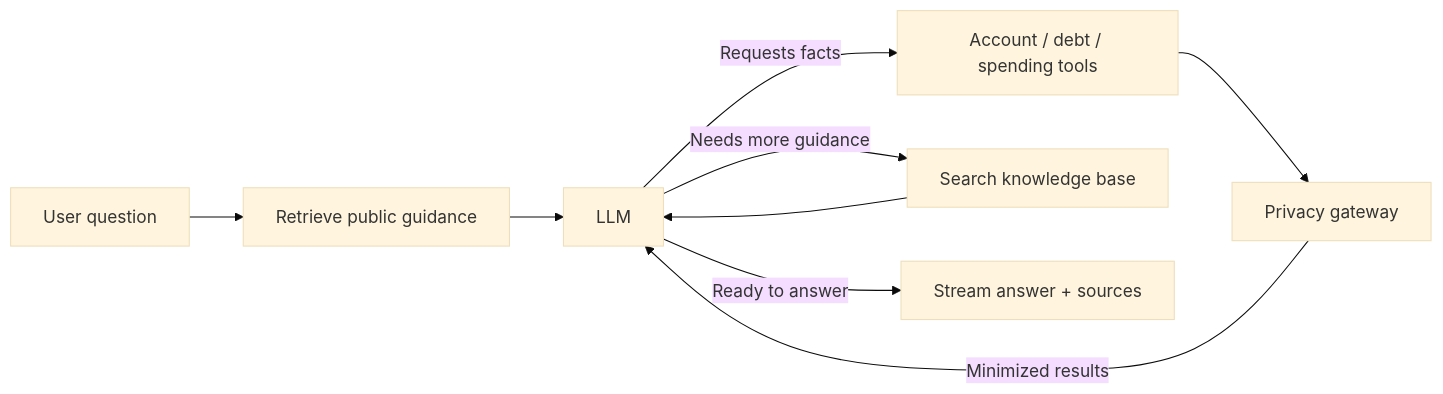
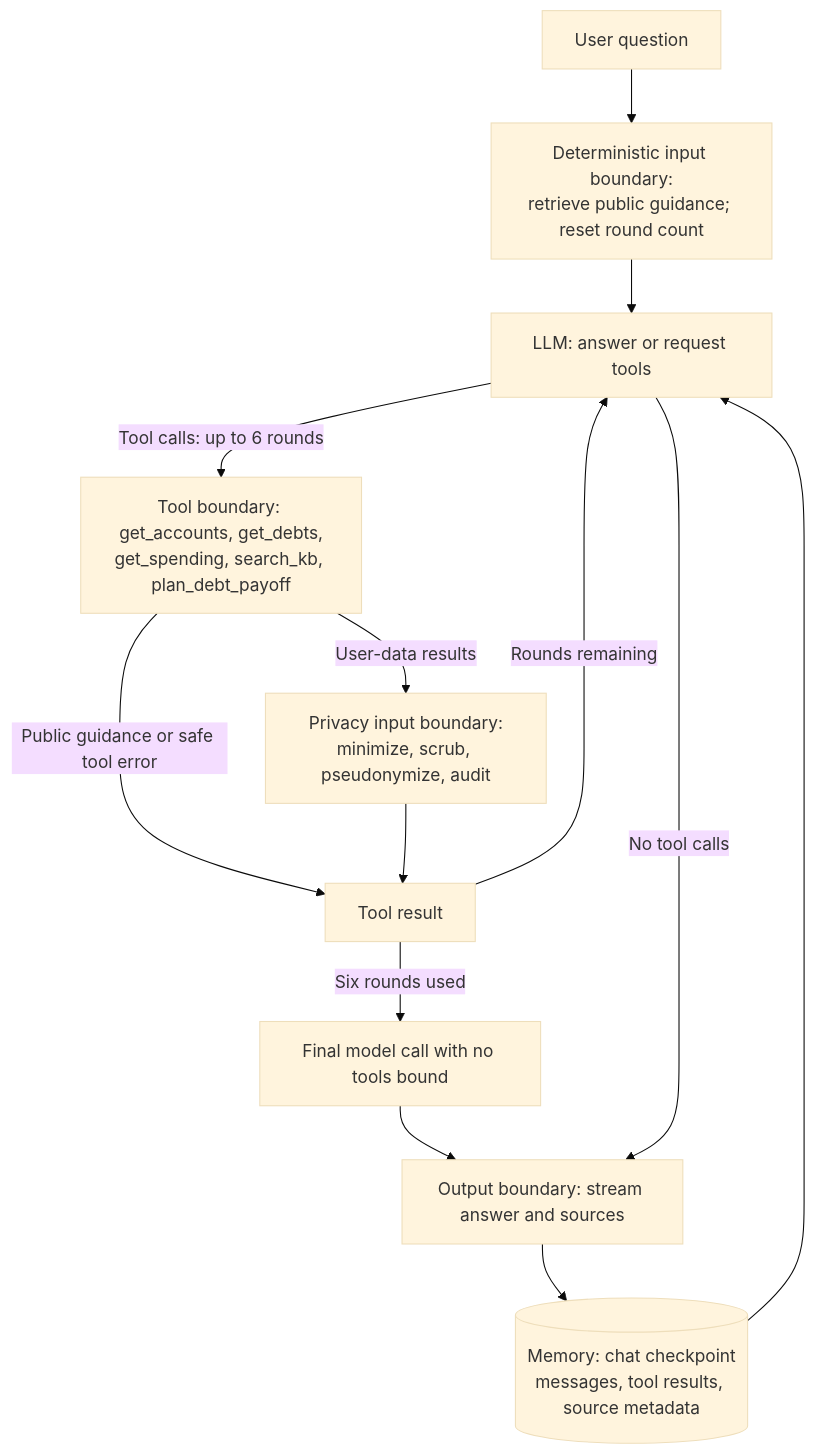
Before and after one commit to Del0m/Agentic-Financial-Dashboard: the second of 5 diagrams in docs/agent-pipelines.md, drawn with Mermaid (base theme). The commit also changed other lines of this file and 14 other files, not shown here.

First line of the commit message:
docs: agentic system guide for grading, with updated agent diagrams

````diff
--- a/docs/agent-pipelines.md
+++ b/docs/agent-pipelines.md
@@ -54,11 +62,15 @@
 ```mermaid
-flowchart LR
-    Q["User question"] --> R["Retrieve public guidance"]
-    R --> L["LLM"]
-    L -->|Requests facts| T["Account / debt / spending tools"]
-    T --> P["Privacy gateway"]
-    P -->|Minimized results| L
-    L -->|Needs more guidance| K["Search knowledge base"]
-    K --> L
-    L -->|Ready to answer| A["Stream answer + sources"]
+flowchart TD
+    Q["User question"] --> Retrieve["Deterministic input boundary:<br/>retrieve public guidance; reset round count"]
+    History[("Memory: chat checkpoint<br/>messages, tool results, source metadata")] --> LLM
+    Retrieve --> LLM["LLM: answer or request tools"]
+    LLM -->|Tool calls: up to 6 rounds| Tools["Tool boundary: get_accounts, get_debts,<br/>get_spending, search_kb, plan_debt_payoff"]
+    Tools -->|User-data results| Gateway["Privacy input boundary:<br/>minimize, scrub, pseudonymize, audit"]
+    Tools -->|Public guidance or safe tool error| Return["Tool result"]
+    Gateway --> Return
+    Return -->|Rounds remaining| LLM
+    Return -->|Six rounds used| Final["Final model call with no tools bound"]
+    Final --> Answer["Output boundary: stream answer and sources"]
+    LLM -->|No tool calls| Answer
+    Answer --> History
 ```
````
